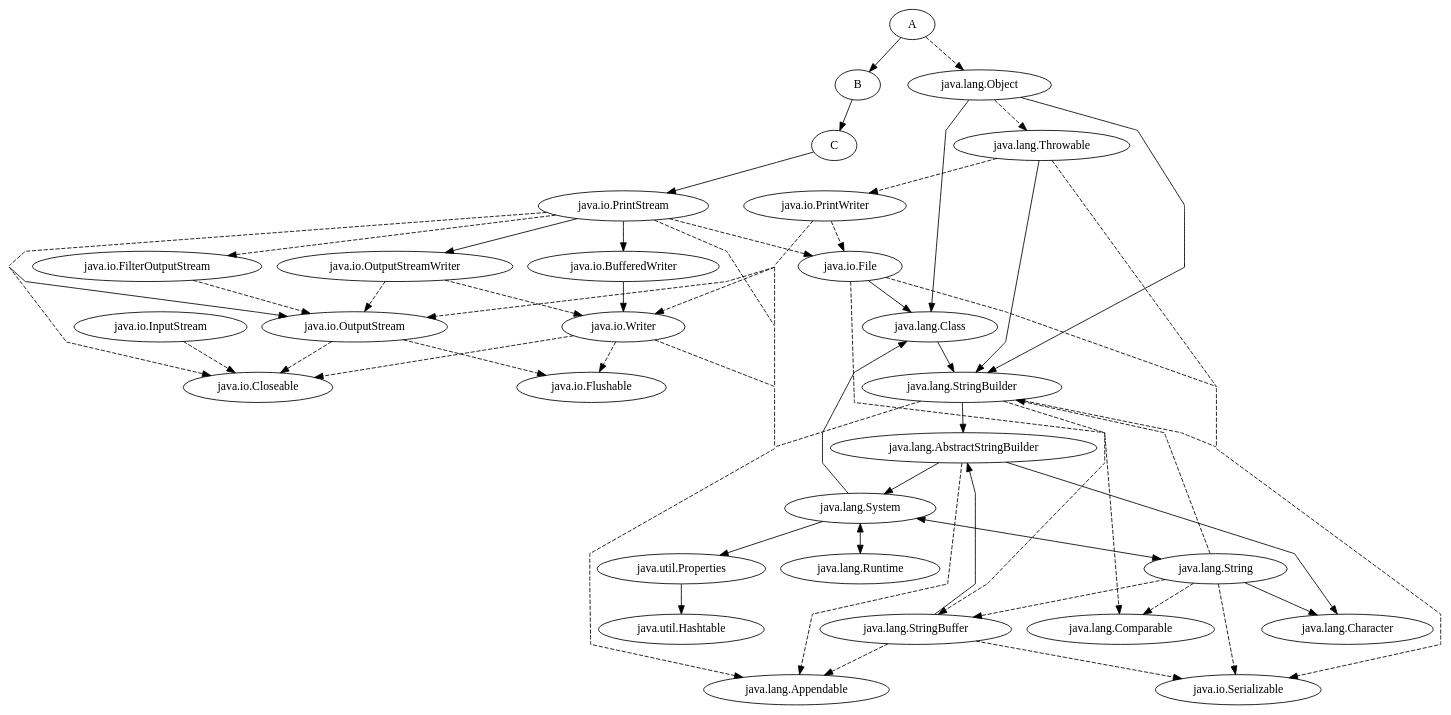
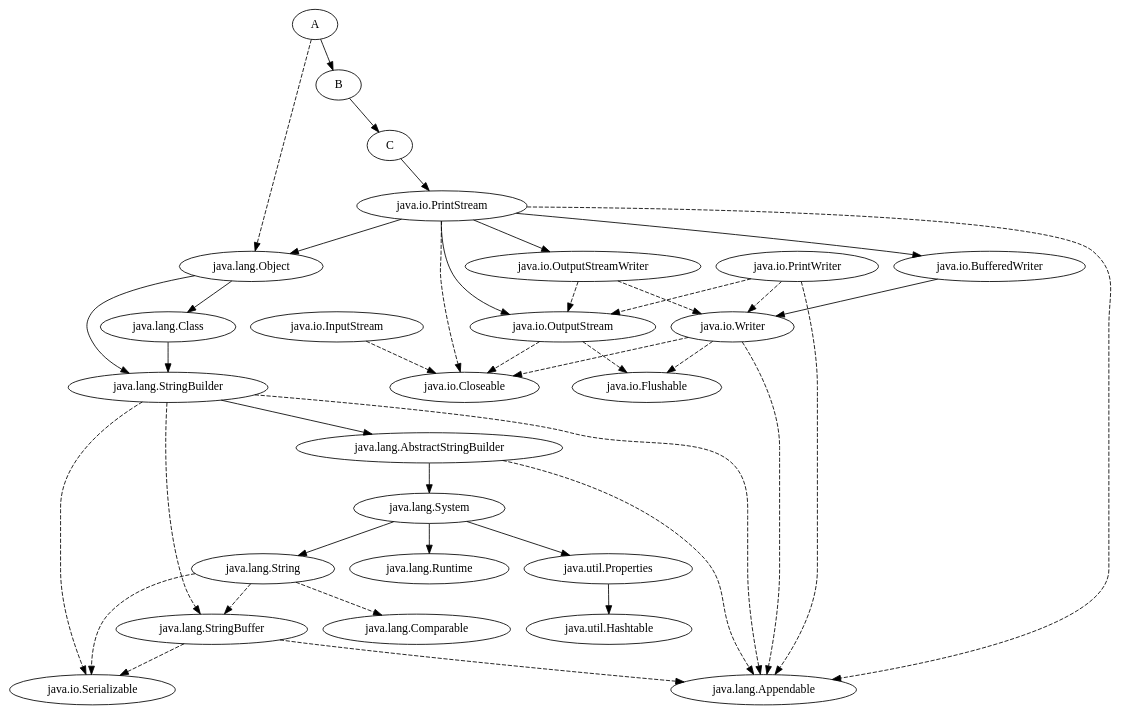
The diagram in paper/workdir/together-trim-trim.dot (millecker/soot-rb), drawn with Graphviz before and after one commit.

Commit message:
More cleanups

```diff
--- a/paper/workdir/together-trim-trim.dot
+++ b/paper/workdir/together-trim-trim.dot
@@ -1,63 +1,46 @@
 digraph dep{
 //    rankdir=LR;
-    compound=true;
-    concentrate=true;
-    splines=compound;
+//    compound=true;
+//    concentrate=true;
+//    splines=compound;
 "A" -> "B";
 "B" -> "C";
 "C" -> "java.io.PrintStream";
 "A" -> "java.lang.Object" [style=dashed];
 "java.io.BufferedWriter" -> "java.io.Writer";
-"java.io.File" -> "java.lang.Class";
 "java.io.PrintStream" -> "java.io.BufferedWriter";
 "java.io.PrintStream" -> "java.io.OutputStream";
 "java.io.PrintStream" -> "java.io.OutputStreamWriter";
-"java.lang.AbstractStringBuilder" -> "java.lang.Character";
+"java.io.PrintStream" -> "java.lang.Object";
 "java.lang.AbstractStringBuilder" -> "java.lang.System";
 "java.lang.Class" -> "java.lang.StringBuilder";
 "java.lang.Object" -> "java.lang.Class";
 "java.lang.Object" -> "java.lang.StringBuilder";
-"java.lang.Runtime" -> "java.lang.System";
-"java.lang.StringBuffer" -> "java.lang.AbstractStringBuilder";
 "java.lang.StringBuilder" -> "java.lang.AbstractStringBuilder";
-"java.lang.String" -> "java.lang.Character";
-"java.lang.String" -> "java.lang.System";
-"java.lang.System" -> "java.lang.Class";
 "java.lang.System" -> "java.lang.Runtime";
 "java.lang.System" -> "java.lang.String";
 "java.lang.System" -> "java.util.Properties";
-"java.lang.Throwable" -> "java.lang.StringBuilder";
 "java.util.Properties" -> "java.util.Hashtable";
-"java.io.File" -> "java.io.Serializable" [style=dashed];
-"java.io.File" -> "java.lang.Comparable" [style=dashed];
-"java.io.FilterOutputStream" -> "java.io.OutputStream" [style=dashed];
 "java.io.InputStream" -> "java.io.Closeable" [style=dashed];
 "java.io.OutputStream" -> "java.io.Closeable" [style=dashed];
-"java.io.OutputStream" -> "java.io.Flushable" [style=dashed];
+"java.io.OutputStream" -> "java.io.Flushable" [style=dashed,weight=1.2];
 "java.io.OutputStreamWriter" -> "java.io.OutputStream" [style=dashed];
 "java.io.OutputStreamWriter" -> "java.io.Writer" [style=dashed];
 "java.io.PrintStream" -> "java.io.Closeable" [style=dashed];
-"java.io.PrintStream" -> "java.io.File" [style=dashed];
-"java.io.PrintStream" -> "java.io.FilterOutputStream" [style=dashed];
 "java.io.PrintStream" -> "java.lang.Appendable" [style=dashed];
-"java.io.PrintWriter" -> "java.io.File" [style=dashed];
 "java.io.PrintWriter" -> "java.io.OutputStream" [style=dashed];
 "java.io.PrintWriter" -> "java.io.Writer" [style=dashed];
 "java.io.PrintWriter" -> "java.lang.Appendable" [style=dashed];
 "java.io.Writer" -> "java.io.Closeable" [style=dashed];
 "java.io.Writer" -> "java.io.Flushable" [style=dashed];
 "java.io.Writer" -> "java.lang.Appendable" [style=dashed];
 "java.lang.AbstractStringBuilder" -> "java.lang.Appendable" [style=dashed];
-"java.lang.Object" -> "java.lang.Throwable" [style=dashed];
 "java.lang.StringBuffer" -> "java.io.Serializable" [style=dashed];
 "java.lang.StringBuffer" -> "java.lang.Appendable" [style=dashed];
 "java.lang.StringBuilder" -> "java.io.Serializable" [style=dashed];
 "java.lang.StringBuilder" -> "java.lang.Appendable" [style=dashed];
 "java.lang.StringBuilder" -> "java.lang.StringBuffer" [style=dashed];
 "java.lang.String" -> "java.io.Serializable" [style=dashed];
 "java.lang.String" -> "java.lang.Comparable" [style=dashed];
 "java.lang.String" -> "java.lang.StringBuffer" [style=dashed];
-"java.lang.String" -> "java.lang.StringBuilder" [style=dashed];
-"java.lang.Throwable" -> "java.io.PrintWriter" [style=dashed];
-"java.lang.Throwable" -> "java.io.Serializable" [style=dashed];
 }
```
